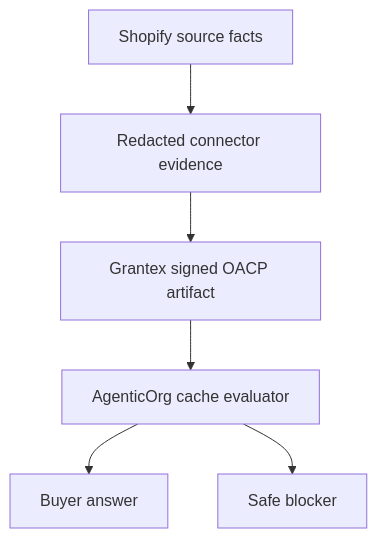
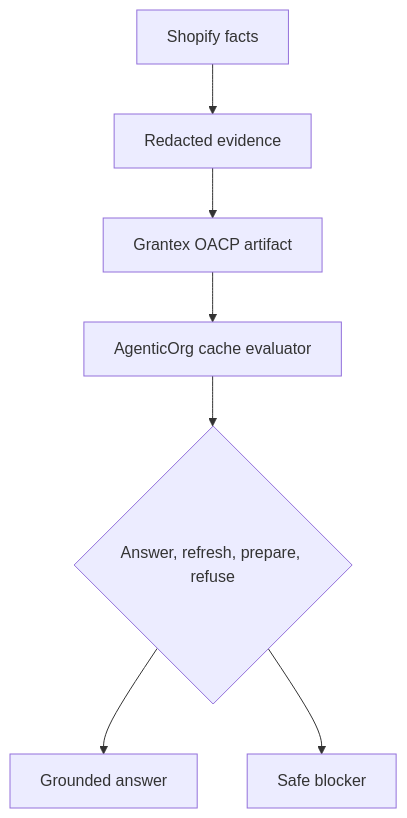
One commit to mishrasanjeev/agentic-org changed the diagram in docs/blog/how-oacp-artifacts-keep-buyer-agents-honest.md. Above: the diagram before and after it, drawn with Mermaid. The commit also changed other lines of this file and 36 other files, not shown here.

````diff
--- a/docs/blog/how-oacp-artifacts-keep-buyer-agents-honest.md
+++ b/docs/blog/how-oacp-artifacts-keep-buyer-agents-honest.md
@@ -3,8 +13,9 @@
 ```mermaid
 flowchart TD
-  source[Shopify source facts] --> evidence[Redacted connector evidence]
-  evidence --> artifact[Grantex signed OACP artifact]
+  shopify[Shopify facts] --> evidence[Redacted evidence]
+  evidence --> artifact[Grantex OACP artifact]
   artifact --> cache[AgenticOrg cache evaluator]
-  cache --> answer[Buyer answer]
-  cache --> refusal[Safe blocker]
+  cache --> decision{Answer, refresh, prepare, refuse}
+  decision --> answer[Grounded answer]
+  decision --> refuse[Safe blocker]
 ```
````
